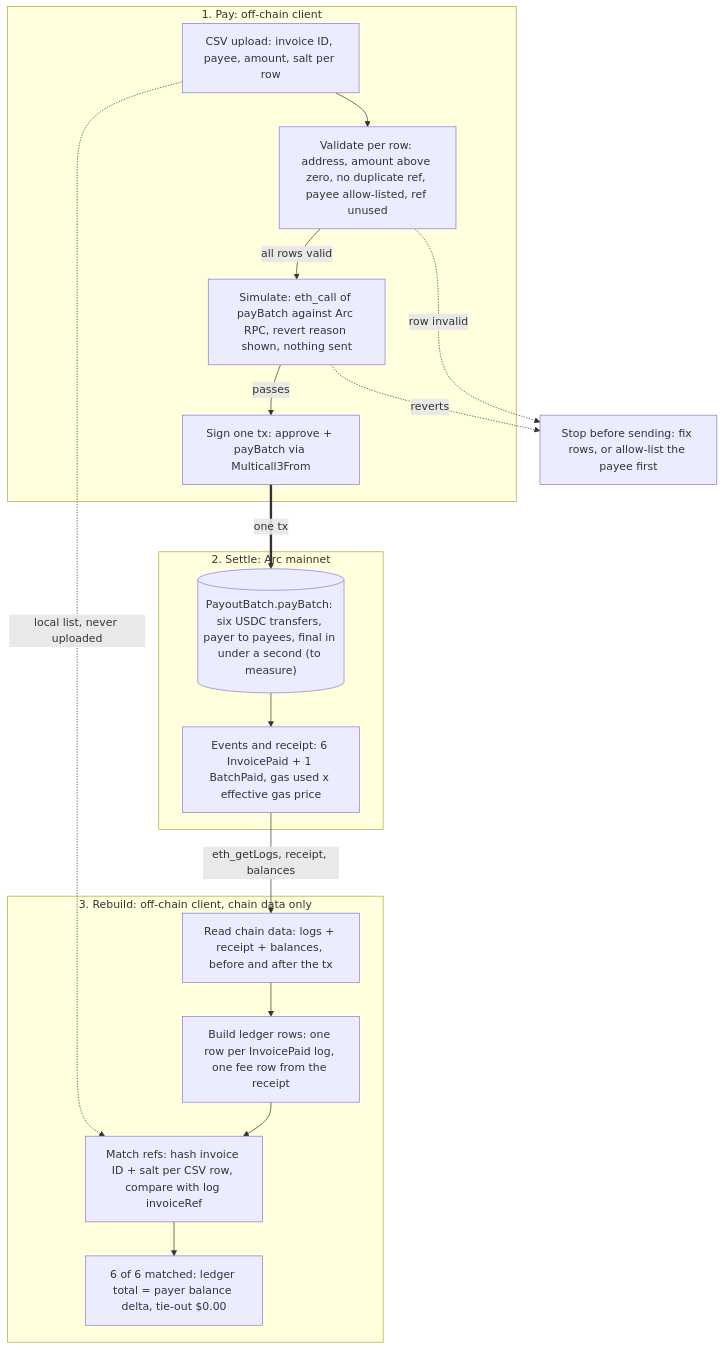
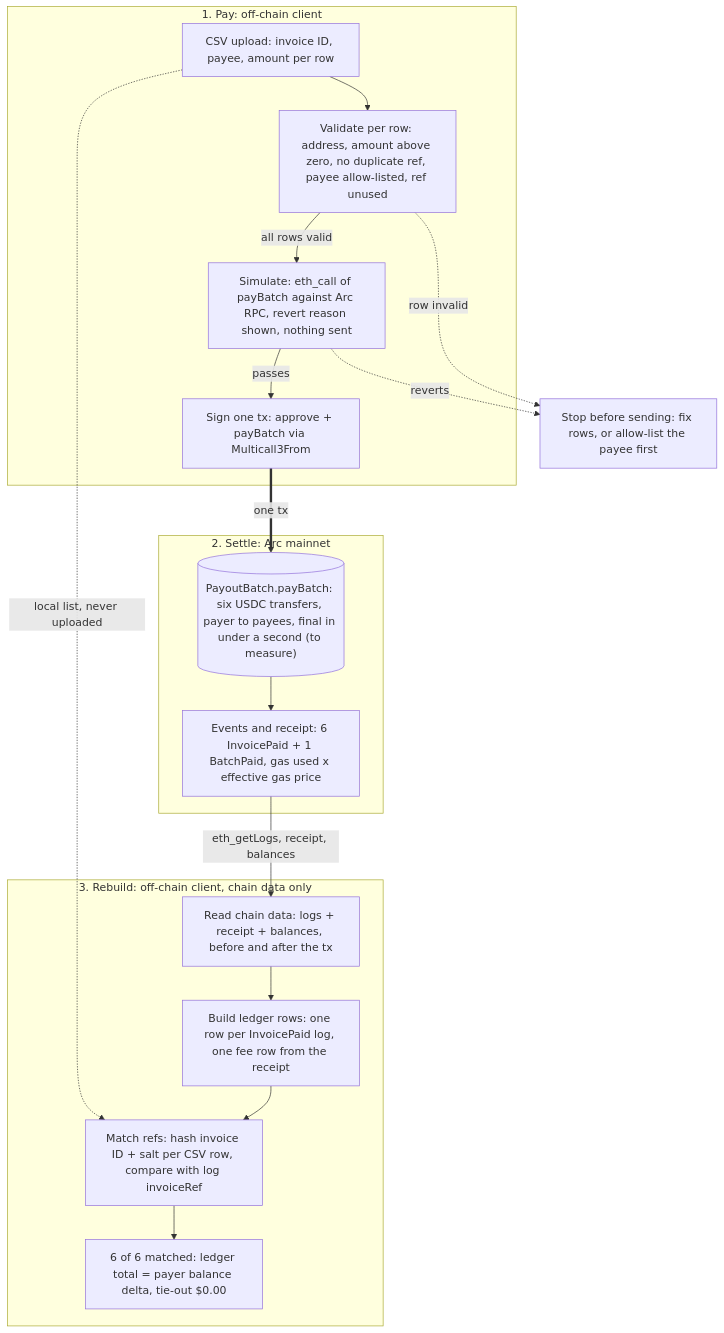
The diagram in docs/diagrams/02-payment-and-rebuild-flow.md (salazarsebas/conciliado), drawn with Mermaid before and after one commit. The commit also changed 22 other files, not shown here.

````diff
--- a/docs/diagrams/02-payment-and-rebuild-flow.md
+++ b/docs/diagrams/02-payment-and-rebuild-flow.md
@@ -12,33 +12,33 @@
 ```mermaid
 flowchart TB
   subgraph pay["1. Pay: off-chain client"]
-    upload["CSV upload: invoice ID, payee, amount, salt per row"]
+    upload["CSV upload: invoice ID, payee, amount per row"]
     validate["Validate per row: address, amount above zero, no duplicate ref, payee allow-listed, ref unused"]
     simulate["Simulate: eth_call of payBatch against Arc RPC, revert reason shown, nothing sent"]
     sign["Sign one tx: approve + payBatch via Multicall3From"]
   end
   subgraph settle["2. Settle: Arc mainnet"]
     payb[("PayoutBatch.payBatch: six USDC transfers, payer to payees, final in under a second (to measure)")]
     events["Events and receipt: 6 InvoicePaid + 1 BatchPaid, gas used x effective gas price"]
   end
   subgraph rebuild["3. Rebuild: off-chain client, chain data only"]
     read["Read chain data: logs + receipt + balances, before and after the tx"]
     rows["Build ledger rows: one row per InvoicePaid log, one fee row from the receipt"]
     match["Match refs: hash invoice ID + salt per CSV row, compare with log invoiceRef"]
     tie["6 of 6 matched: ledger total = payer balance delta, tie-out $0.00"]
   end
   fix["Stop before sending: fix rows, or allow-list the payee first"]
 
   upload --> validate
   validate -->|all rows valid| simulate
   validate -.->|row invalid| fix
   simulate -.->|reverts| fix
   simulate -->|passes| sign
   sign ==>|one tx| payb
   payb --> events
   events -->|eth_getLogs, receipt, balances| read
   read --> rows
   rows --> match
   upload -.->|local list, never uploaded| match
   match --> tie
 ```
````
